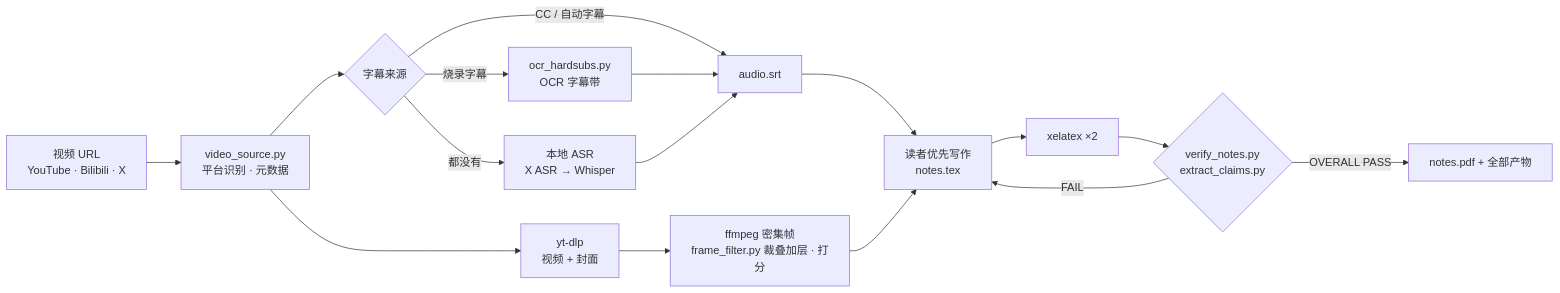
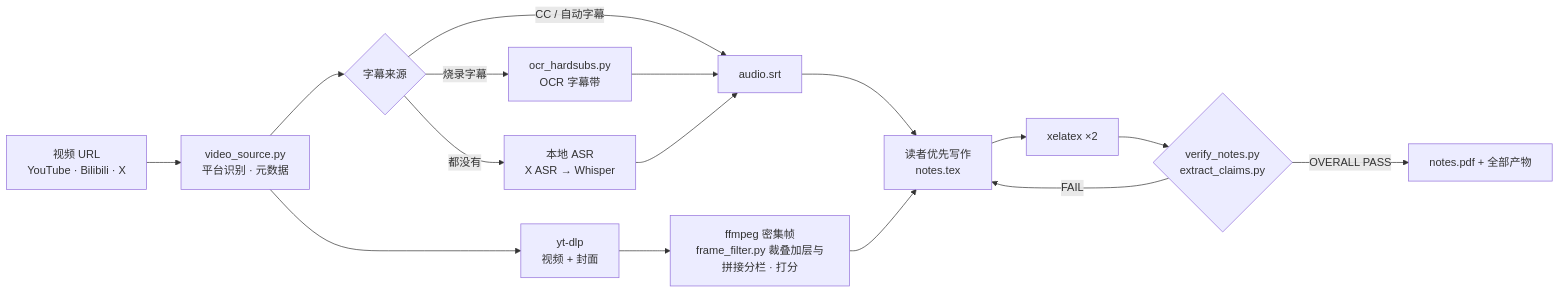
One commit to ysyecust/lecture-to-notes changed the first of 2 diagrams in README.md. Above: the diagram before and after it, drawn with Mermaid. The commit also changed other lines of this file and 10 other files, not shown here.

````diff
--- a/README.md
+++ b/README.md
@@ -25,16 +25,16 @@
 ```mermaid
 flowchart LR
     A["视频 URL<br/>YouTube · Bilibili · X"] --> B["video_source.py<br/>平台识别 · 元数据"]
     B --> C{"字幕来源"}
     C -->|CC / 自动字幕| D["audio.srt"]
     C -->|烧录字幕| E["ocr_hardsubs.py<br/>OCR 字幕带"] --> D
     C -->|都没有| F["本地 ASR<br/>X ASR → Whisper"] --> D
     B --> G["yt-dlp<br/>视频 + 封面"]
-    G --> H["ffmpeg 密集帧<br/>frame_filter.py 裁叠加层 · 打分"]
+    G --> H["ffmpeg 密集帧<br/>frame_filter.py 裁叠加层与拼接分栏 · 打分"]
     D --> I["读者优先写作<br/>notes.tex"]
     H --> I
     I --> J["xelatex ×2"]
     J --> K{"verify_notes.py<br/>extract_claims.py"}
     K -->|OVERALL PASS| L["notes.pdf + 全部产物"]
     K -->|FAIL| I
 ```
````
